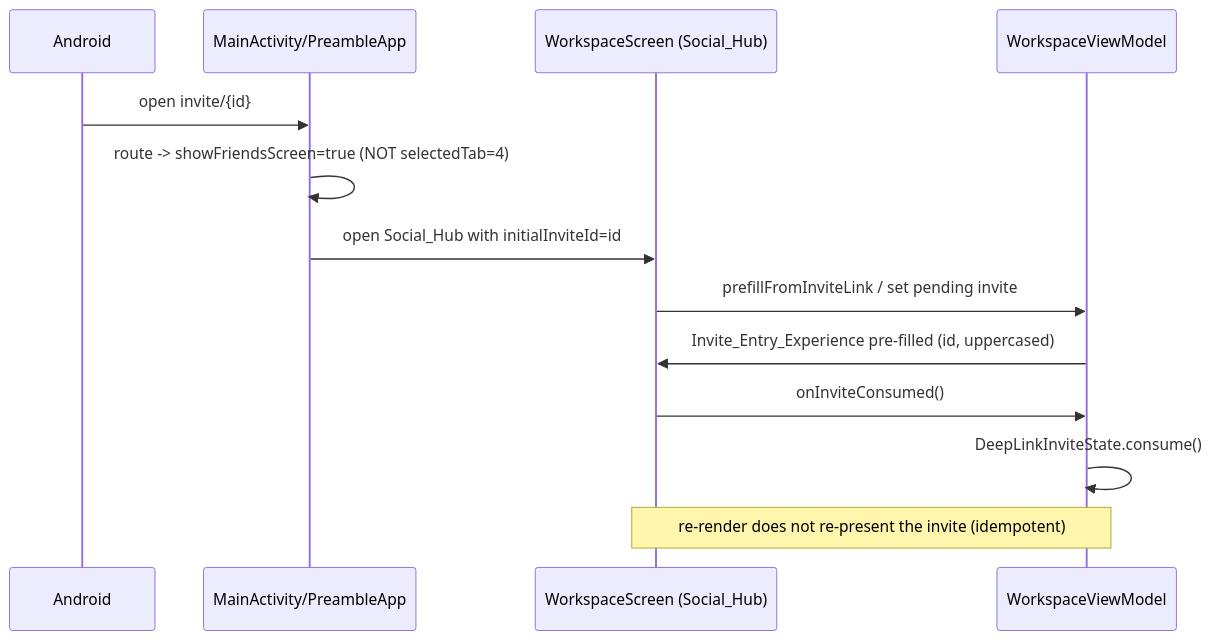
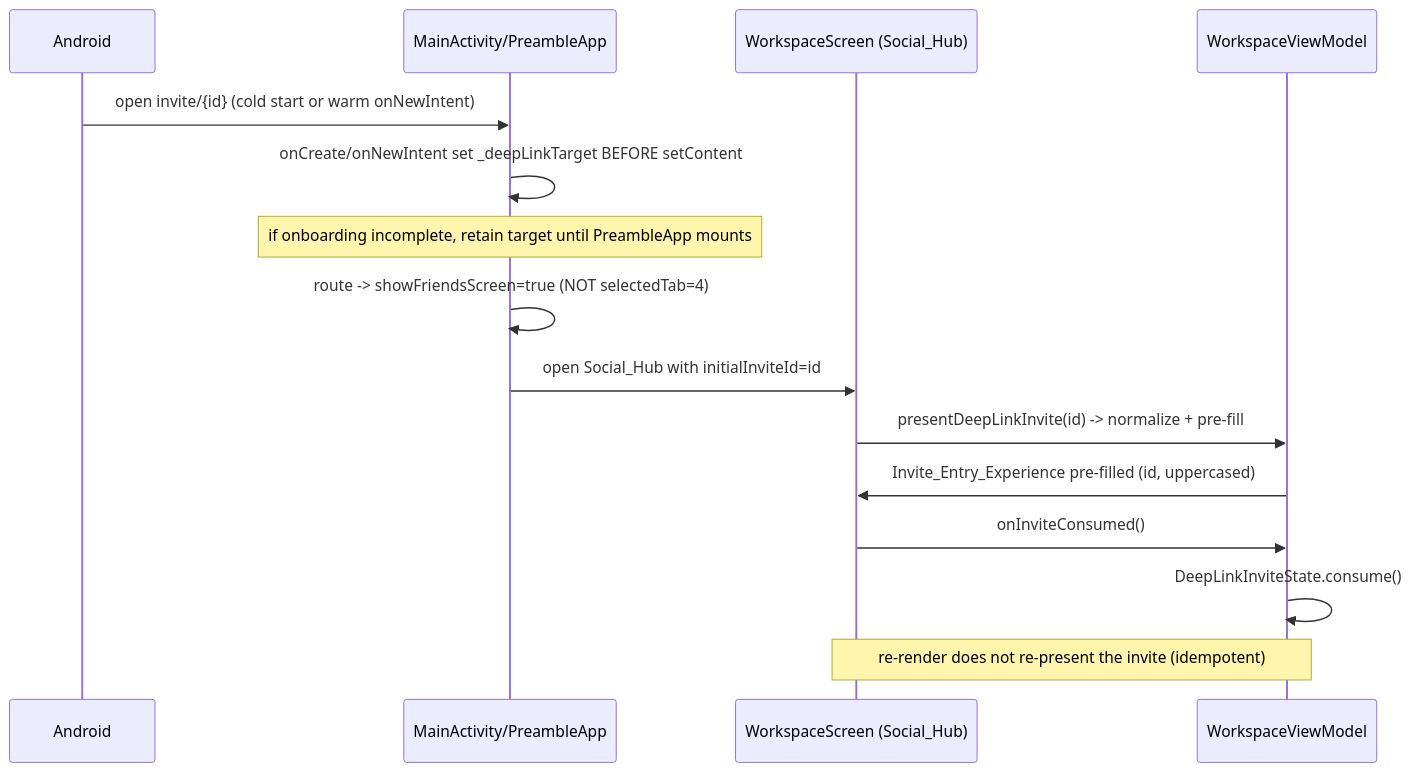
Before and after one commit to Harry0M/Preamble--open-source-: the second of 3 diagrams in .kiro/specs/social-hub-redesign/design.md, drawn with Mermaid. The commit also changed other lines of this file and 69 other files, not shown here.

````diff
--- a/.kiro/specs/social-hub-redesign/design.md
+++ b/.kiro/specs/social-hub-redesign/design.md
@@ -69,15 +102,17 @@
 ```mermaid
 sequenceDiagram
     participant OS as Android
     participant MA as MainActivity/PreambleApp
     participant SH as WorkspaceScreen (Social_Hub)
     participant VM as WorkspaceViewModel
-    OS->>MA: open invite/{id}
+    OS->>MA: open invite/{id} (cold start or warm onNewIntent)
+    MA->>MA: onCreate/onNewIntent set _deepLinkTarget BEFORE setContent
+    Note over MA: if onboarding incomplete, retain target until PreambleApp mounts
     MA->>MA: route -> showFriendsScreen=true (NOT selectedTab=4)
     MA->>SH: open Social_Hub with initialInviteId=id
-    SH->>VM: prefillFromInviteLink / set pending invite
+    SH->>VM: presentDeepLinkInvite(id) -> normalize + pre-fill
     VM->>SH: Invite_Entry_Experience pre-filled (id, uppercased)
     SH->>VM: onInviteConsumed()
     VM->>VM: DeepLinkInviteState.consume()
     Note over SH,VM: re-render does not re-present the invite (idempotent)
 ```
````
